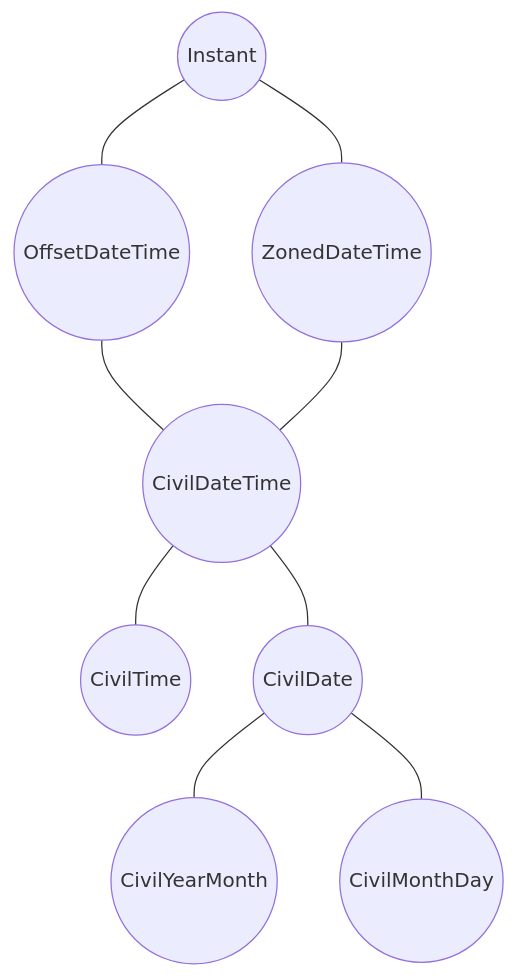
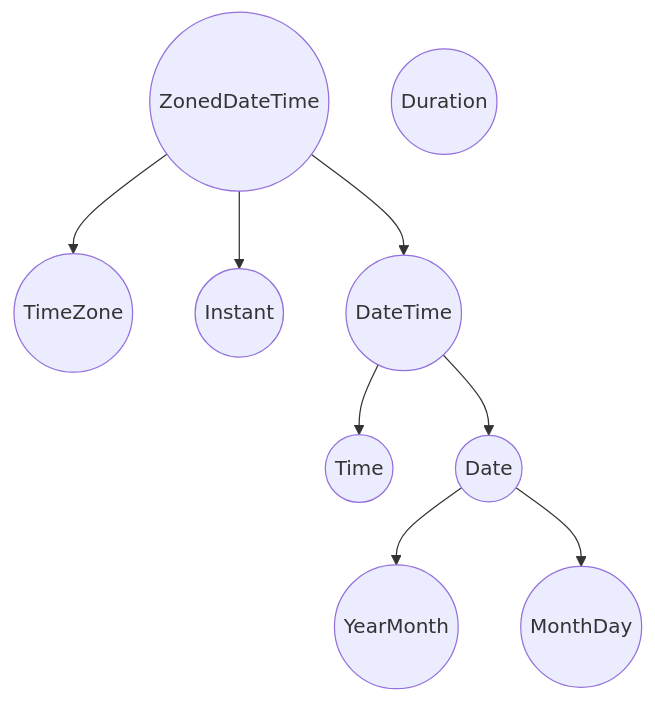
Before and after one commit to tc39/proposal-temporal: the diagram in mentalmodel.md, drawn with Mermaid. The commit also changed 1 other file, not shown here.

Commit message:
Update object relationship graphic

````diff
--- a/mentalmodel.md
+++ b/mentalmodel.md
@@ -5,20 +5,20 @@
 ```mermaid
 graph TB
+  timezone((TimeZone))
   instant((Instant))
-    offset((OffsetDateTime))
     zoned((ZonedDateTime))
-      datetime((CivilDateTime))
-      time((CivilTime))
-      date((CivilDate))
-      yearmonth((CivilYearMonth))
-      monthday((CivilMonthDay))
-      
-  instant --- offset
-  instant --- zoned
-  offset --- datetime
-  zoned --- datetime
-  datetime --- date
-  datetime --- time
-  date --- yearmonth
-  date --- monthday
+      datetime((DateTime))
+      time((Time))
+      date((Date))
+      yearmonth((YearMonth))
+      monthday((MonthDay))
+  duration((Duration))
+
+  zoned --> instant
+  zoned --> timezone
+  zoned --> datetime
+  datetime --> date
+  datetime --> time
+  date --> yearmonth
+  date --> monthday
 ```
````
